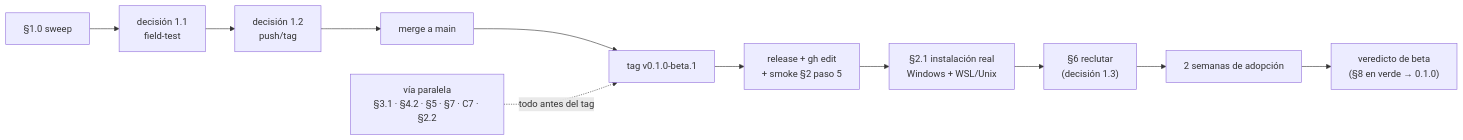
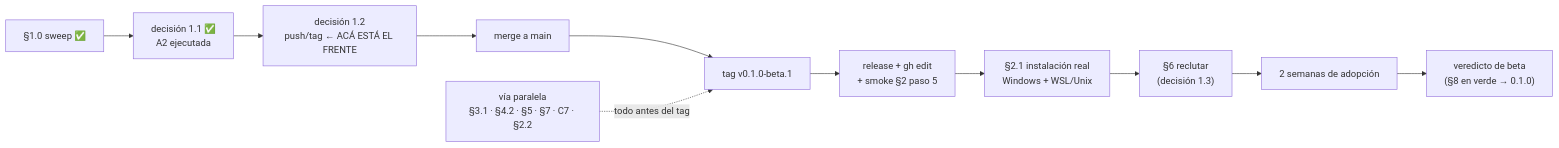
The diagram in docs/general/plan_publicacion.md (ArthurZizumbo/batten), drawn with Mermaid before and after one commit. The commit also changed other lines of this file and 19 other files, not shown here.

````diff
--- a/docs/general/plan_publicacion.md
+++ b/docs/general/plan_publicacion.md
@@ -743,13 +744,13 @@
 ```mermaid
 graph LR
-  D0["§1.0 sweep"] --> D1["decisión 1.1<br/>field-test"]
-  D1 --> D2["decisión 1.2<br/>push/tag"]
+  D0["§1.0 sweep ✅"] --> D1["decisión 1.1 ✅<br/>A2 ejecutada"]
+  D1 --> D2["decisión 1.2<br/>push/tag ← ACÁ ESTÁ EL FRENTE"]
   D2 --> M["merge a main"]
   M --> T["tag v0.1.0-beta.1"]
   T --> R["release + gh edit<br/>+ smoke §2 paso 5"]
   R --> I["§2.1 instalación real<br/>Windows + WSL/Unix"]
   I --> A["§6 reclutar<br/>(decisión 1.3)"]
   A --> W["2 semanas de adopción"]
   W --> V["veredicto de beta<br/>(§8 en verde → 0.1.0)"]
   P["vía paralela<br/>§3.1 · §4.2 · §5 · §7 · C7 · §2.2"] -.todo antes del tag.-> T
 ```
````
